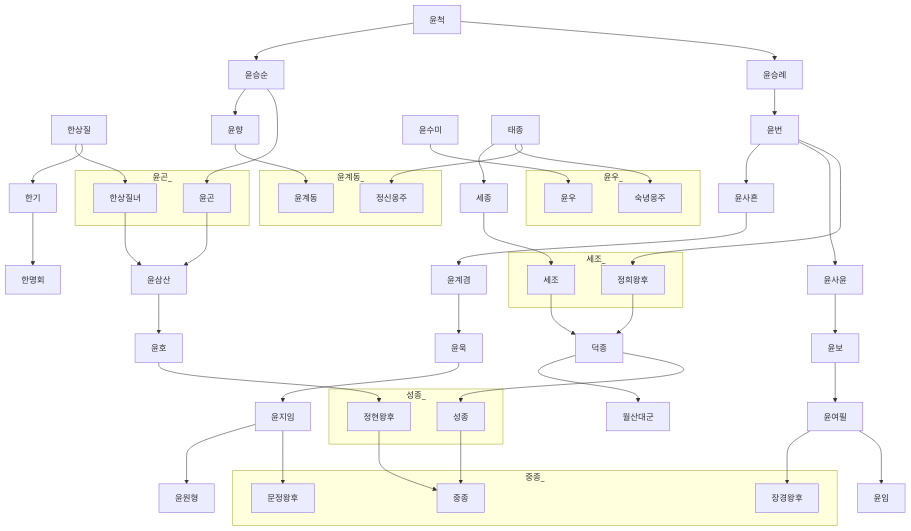
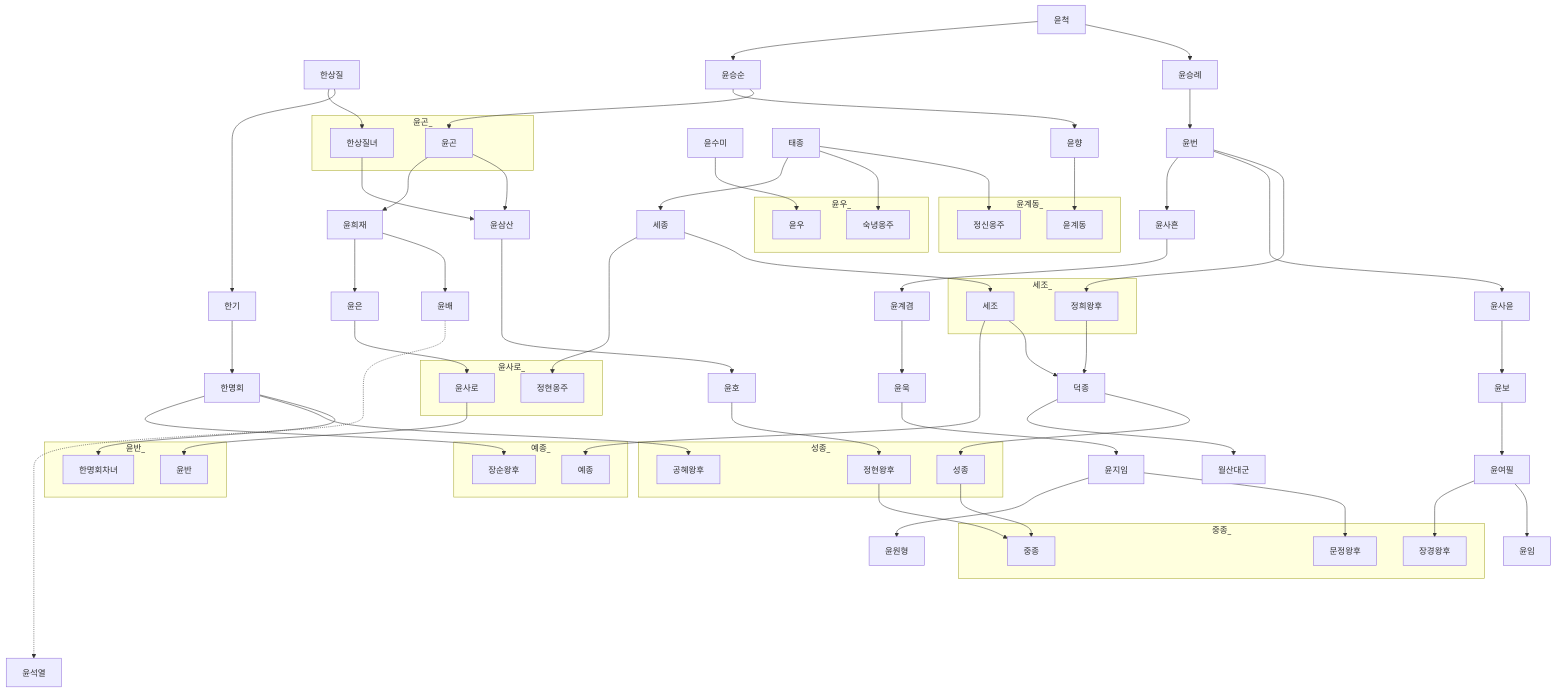
One commit to daewonyoon/historigram changed the diagram in 한국사/파평윤씨가계도.md. Above: the diagram before and after it, drawn with Mermaid. The commit also changed 2 other files, not shown here.

Commit message:
파평윤

```diff
--- a/한국사/파평윤씨가계도.md
+++ b/한국사/파평윤씨가계도.md
@@ -25,6 +25,22 @@
 
 태종 --> 세종 --> 세조
 
+윤곤 --> 윤희재 --> 윤배 -......-> 윤석열
+윤희재 --> 윤은 --> 윤사로 --> 윤반
+subgraph 윤반_
+윤반
+한명회차녀
+end
+한명회 --> 한명회차녀
+한명회 --> 공혜왕후
+한명회 --> 장순왕후
+
+subgraph 윤사로_
+윤사로
+정현옹주
+end
+세종 --> 정현옹주
+
 subgraph 윤계동_
 윤계동
 정신옹주
@@ -44,6 +60,7 @@
 subgraph 성종_
 성종
 정현왕후
+공혜왕후
 end
 
 subgraph 세조_
@@ -56,7 +73,12 @@
 한상질녀
 end
 
+세조 --> 예종
 
+subgraph 예종_
+예종
+장순왕후
+end
 subgraph 중종_
 중종
 문정왕후
```
